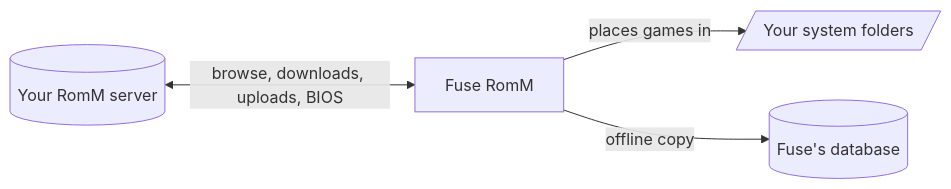
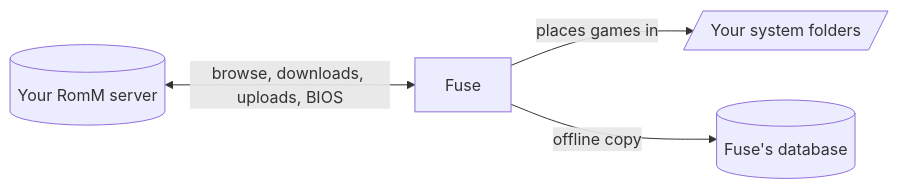
Before and after one commit to MAtiyaaa/fuse: the first of 2 diagrams in README.md, drawn with Mermaid. The commit also changed other lines of this file and 9 other files, not shown here.

````diff
--- a/README.md
+++ b/README.md
@@ -750,6 +517,6 @@
 ```mermaid
 flowchart LR
-    romm[("Your RomM server")] <-->|"browse, downloads, uploads, BIOS"| fuse["Fuse RomM"]
+    romm[("Your RomM server")] <-->|"browse, downloads, uploads, BIOS"| fuse["Fuse"]
     fuse -->|"places games in"| folders[/"Your system folders"/]
     fuse -->|"offline copy"| db[("Fuse's database")]
 ```
````
